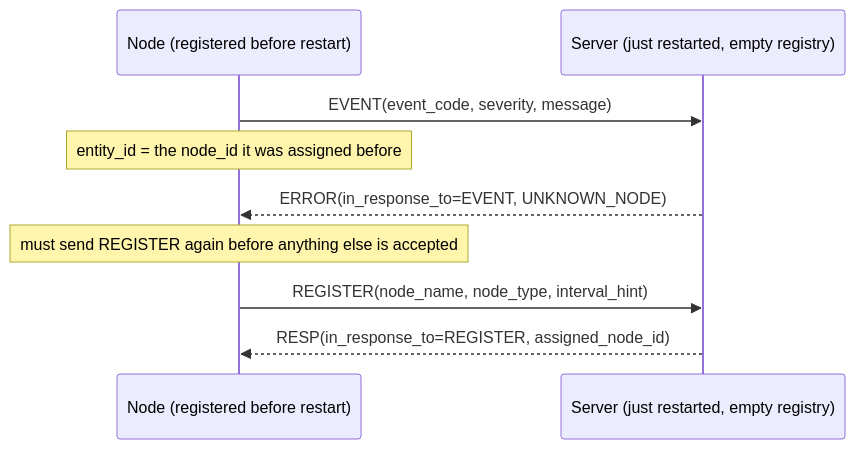
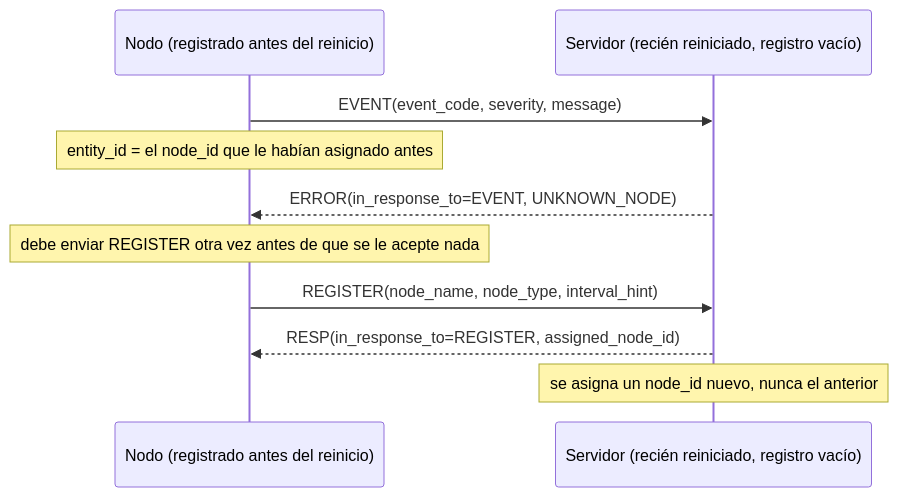
The third of 4 diagrams in docs/sequence-diagrams.md (felipegtech/monitoring-control-system), drawn with Mermaid before and after one commit. The commit also changed other lines of this file and 8 other files, not shown here.

````diff
--- a/docs/sequence-diagrams.md
+++ b/docs/sequence-diagrams.md
@@ -71,12 +74,13 @@
 ```mermaid
 sequenceDiagram
-    participant N as Node (registered before restart)
-    participant S as Server (just restarted, empty registry)
+    participant N as Nodo (registrado antes del reinicio)
+    participant S as Servidor (recién reiniciado, registro vacío)
 
     N->>S: EVENT(event_code, severity, message)
-    Note over N: entity_id = the node_id it was assigned before
+    Note over N: entity_id = el node_id que le habían asignado antes
     S-->>N: ERROR(in_response_to=EVENT, UNKNOWN_NODE)
-    Note over N: must send REGISTER again before anything else is accepted
+    Note over N: debe enviar REGISTER otra vez antes de que se le acepte nada
     N->>S: REGISTER(node_name, node_type, interval_hint)
     S-->>N: RESP(in_response_to=REGISTER, assigned_node_id)
+    Note over S: se asigna un node_id nuevo, nunca el anterior
 ```
````
